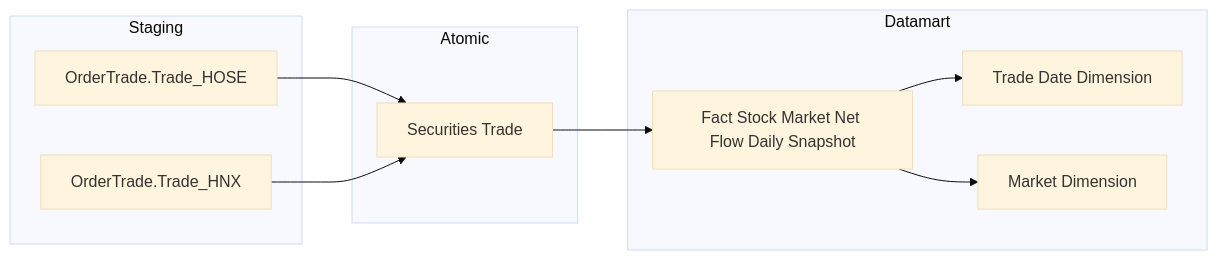
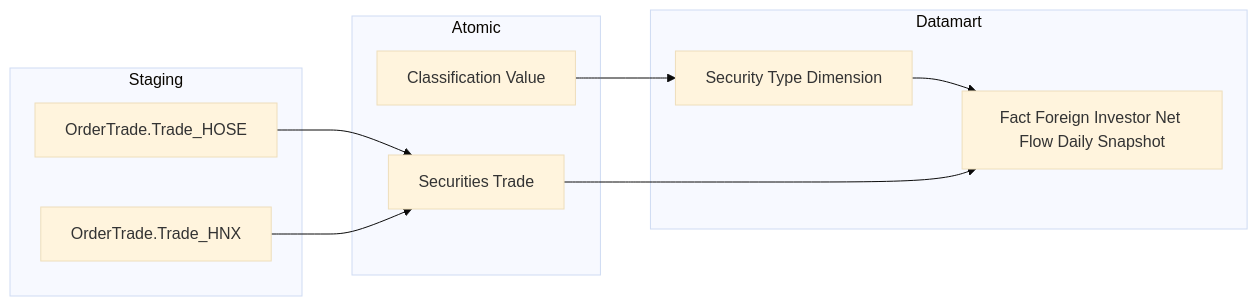
The ninth of 49 diagrams in Datamart/hld/DTM_VP_HLD.md (linhlvit/ubck_atomic_design), drawn with Mermaid (base theme) before and after one commit. The commit also changed other lines of this file and 2 other files, not shown here.

````diff
--- a/Datamart/hld/DTM_VP_HLD.md
+++ b/Datamart/hld/DTM_VP_HLD.md
@@ -36,20 +220,20 @@
 ```mermaid
 flowchart LR
     subgraph SRC["Staging"]
-        S2[OrderTrade.Trade_HOSE]
-        S3[OrderTrade.Trade_HNX]
+        S1[OrderTrade.Trade_HOSE]
+        S2[OrderTrade.Trade_HNX]
     end
     subgraph SIL["Atomic"]
-        A2[Securities Trade]
+        A1[Securities Trade]
+        A2[Classification Value]
     end
     subgraph GOLD["Datamart"]
-        D2[Trade Date Dimension]
-        D3[Market Dimension]
-        F1[Fact Stock Market Net Flow Daily Snapshot]
-        F1 --> D2
-        F1 --> D3
+        D12[Security Type Dimension]
+        F9[Fact Foreign Investor Net Flow Daily Snapshot]
+        D12 --> F9
     end
-    S2 --> A2
-    S3 --> A2
-    A2 --> F1
+    S1 --> A1
+    S2 --> A1
+    A1 --> F9
+    A2 --> D12
 ```
````
